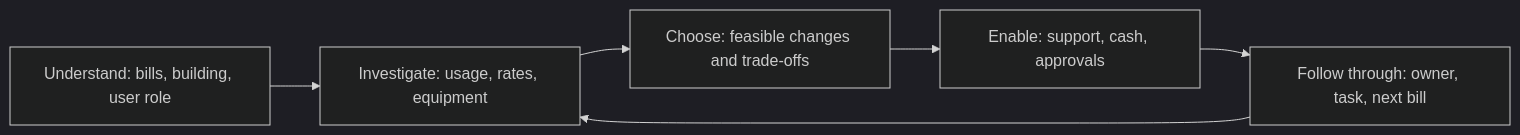
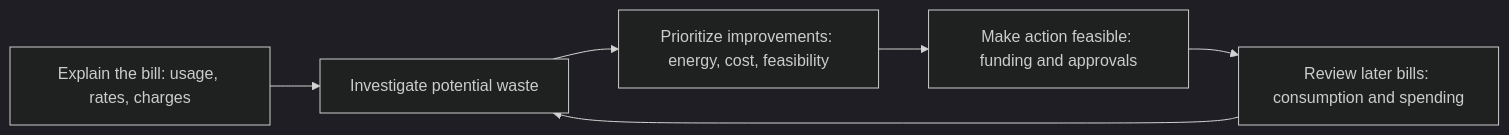
Before and after one commit to Fredess74/benji: the first of 2 diagrams in README.md, drawn with Mermaid (dark theme). The commit also changed other lines of this file, not shown here.

Commit message:
Focus README on bill analysis and measurable energy efficiency

````diff
--- a/README.md
+++ b/README.md
@@ -76,8 +46,8 @@
 ```mermaid
 flowchart LR
-    A["Understand: bills, building, user role"] --> B["Investigate: usage, rates, equipment"]
-    B --> C["Choose: feasible changes and trade-offs"]
-    C --> D["Enable: support, cash, approvals"]
-    D --> E["Follow through: owner, task, next bill"]
+    A["Explain the bill: usage, rates, charges"] --> B["Investigate potential waste"]
+    B --> C["Prioritize improvements: energy, cost, feasibility"]
+    C --> D["Make action feasible: funding and approvals"]
+    D --> E["Review later bills: consumption and spending"]
     E --> B
 ```
````
